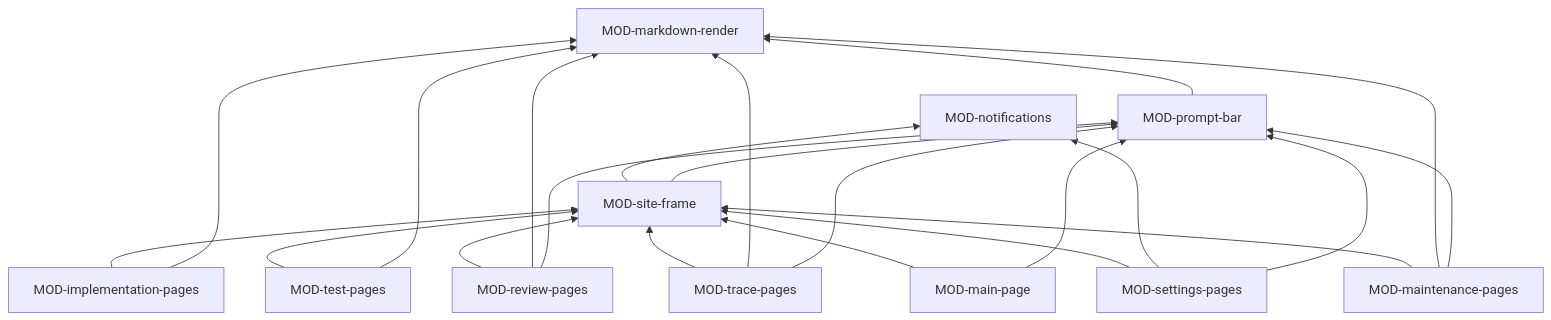
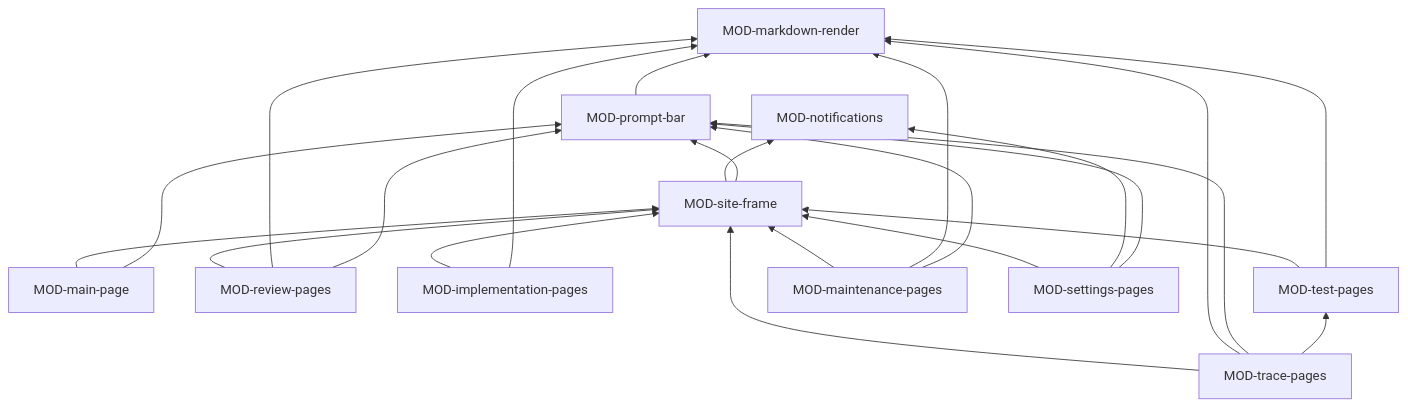
One commit to akmaier/agent-m changed the diagram in docs/architecture/ARC-038-the-site.md. Above: the diagram before and after it, drawn with Mermaid. The commit also changed other lines of this file and 2 other files, not shown here.

````diff
--- a/docs/architecture/ARC-038-the-site.md
+++ b/docs/architecture/ARC-038-the-site.md
@@ -207,35 +208,36 @@
 ```mermaid
 flowchart BT
   SF[MOD-site-frame]
   MRD[MOD-markdown-render]
   MP[MOD-main-page]
   RV[MOD-review-pages]
   TR[MOD-trace-pages]
   IMP[MOD-implementation-pages]
   TP[MOD-test-pages]
   MNP[MOD-maintenance-pages]
   STP[MOD-settings-pages]
   NT[MOD-notifications]
   PB[MOD-prompt-bar]
   MP --> SF
   MP --> PB
   RV --> SF
   RV --> MRD
   RV --> PB
   TR --> SF
   TR --> MRD
   TR --> PB
+  TR --> TP
   IMP --> SF
   IMP --> MRD
   TP --> SF
   TP --> MRD
   MNP --> SF
   MNP --> MRD
   MNP --> PB
   STP --> SF
   STP --> NT
   STP --> PB
   SF --> NT
   SF --> PB
   PB --> MRD
 ```
````
